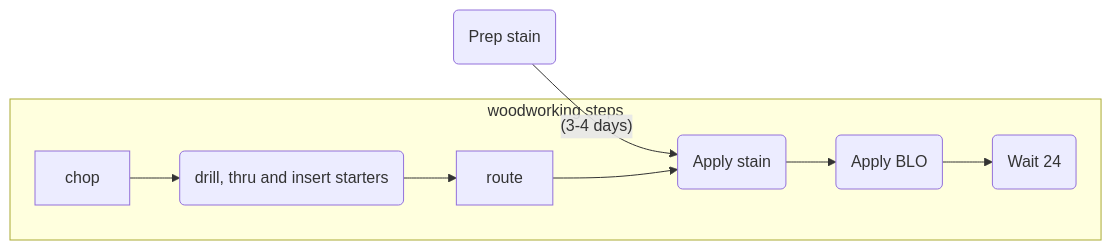
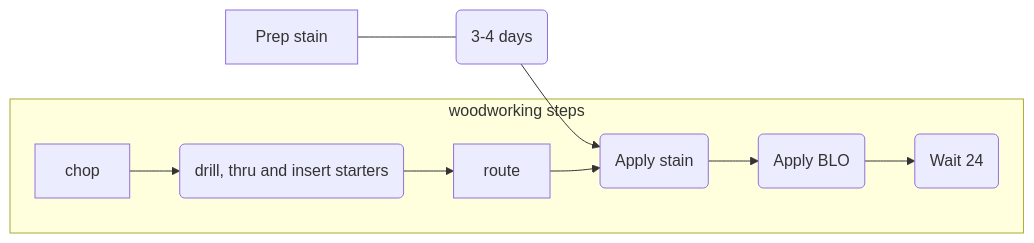
Before and after one commit to frankburgs/wood: the diagram in README.md, drawn with Mermaid.

````diff
--- a/README.md
+++ b/README.md
@@ -1,21 +1,21 @@
 ```mermaid
 
 flowchart LR
 
-    id1(Prep stain)-- (3-4 days) -->id2(Apply stain)
+    id1[Prep stain]--- idwait1(3-4 days) -->id2(Apply stain)
     
     subgraph ide1 [woodworking steps]
     
     chop-->id3(drill, thru and insert starters)
     
     id3-->route
     
     route-->id2
     
     id2-->idBLO(Apply BLO)
     
-    idBLO-->id24(Wait 24)
+    idBLO-->idwait24(Wait 24)
     
     end
     
 ```
````
